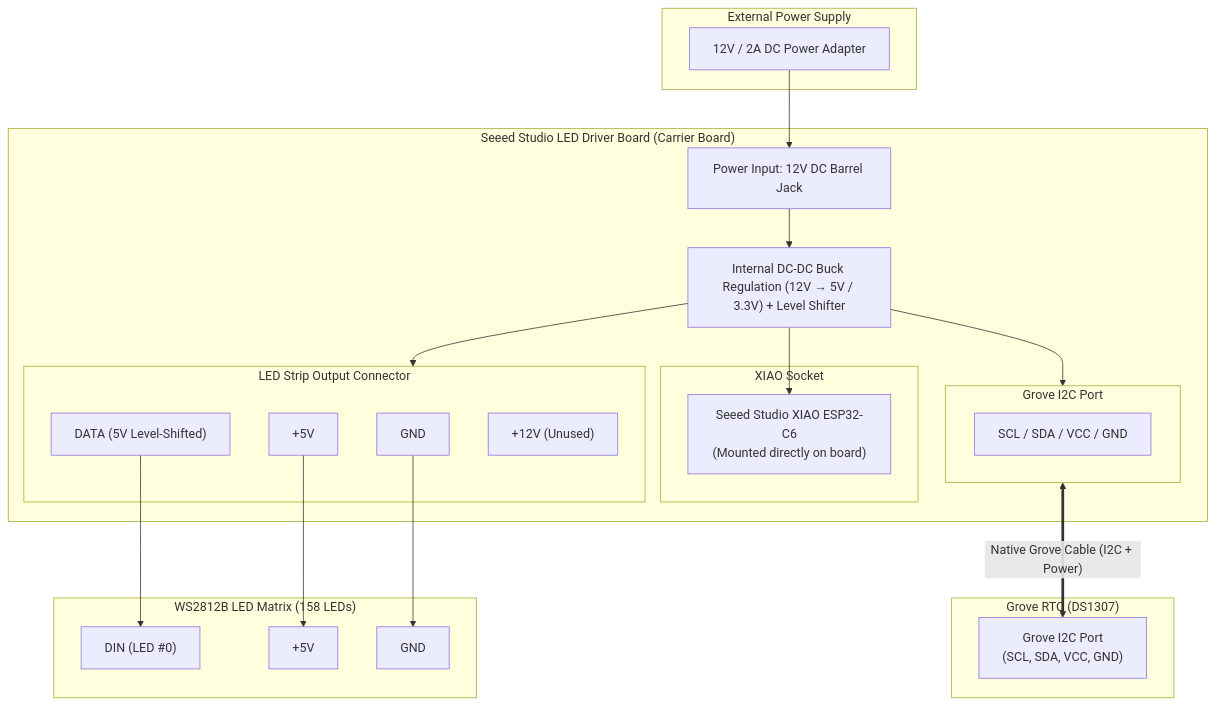
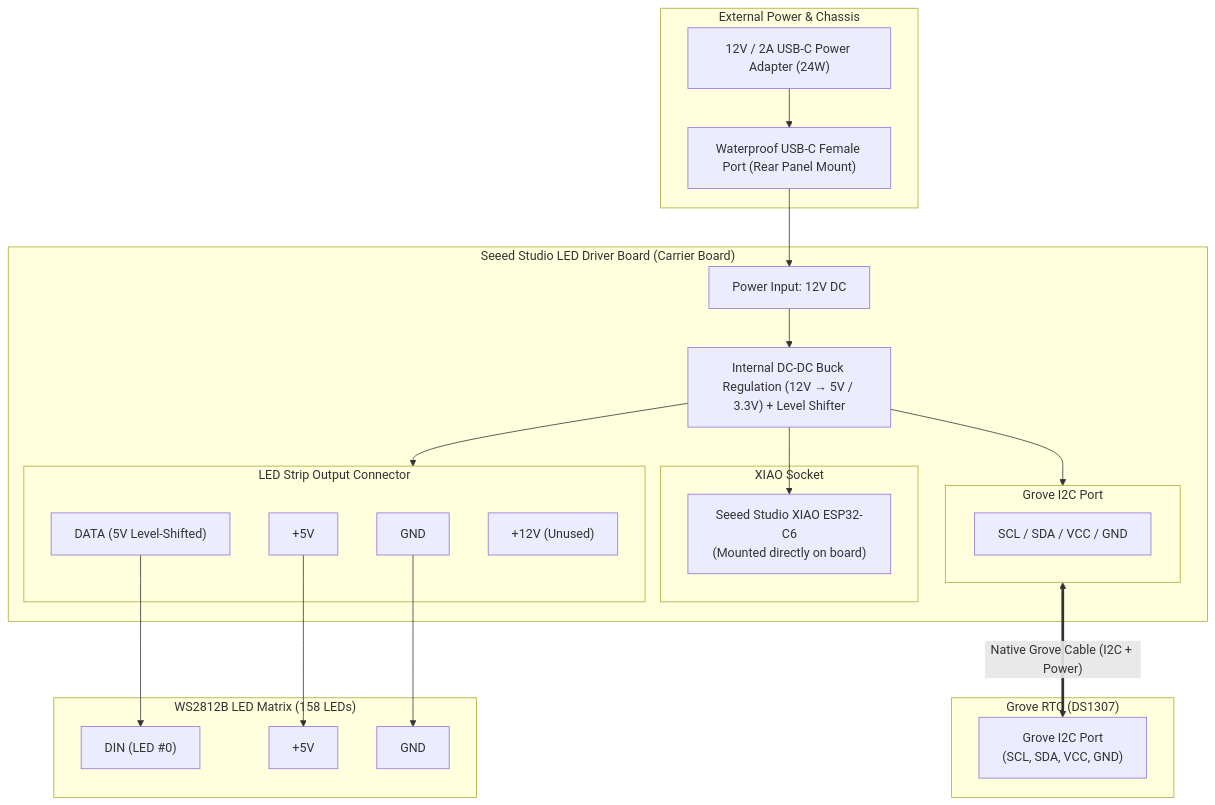
Before and after one commit to AINxStep/wordclock-xiao-led: the diagram in README.en.md, drawn with Mermaid. The commit also changed other lines of this file and 1 other file, not shown here.

Commit message:
docs: add official Seeed wiki links and BOM items (USB-C panel port and 12V 2A adapter)

````diff
--- a/README.en.md
+++ b/README.en.md
@@ -86,48 +87,50 @@
 ```mermaid
 flowchart TD
-    subgraph PWR["External Power Supply"]
-        V12["12V / 2A DC Power Adapter"]
+    subgraph PWR["External Power & Chassis"]
+        V12["12V / 2A USB-C Power Adapter (24W)"]
+        USBC_PORT["Waterproof USB-C Female Port (Rear Panel Mount)"]
     end
 
     subgraph DriverBoard["Seeed Studio LED Driver Board (Carrier Board)"]
-        DC_IN["Power Input: 12V DC Barrel Jack"]
+        DC_IN["Power Input: 12V DC"]
         REG["Internal DC-DC Buck Regulation (12V → 5V / 3.3V) + Level Shifter"]
 
         subgraph XiaoSocket["XIAO Socket"]
             XIAO["Seeed Studio XIAO ESP32-C6<br>(Mounted directly on board)"]
         end
 
         subgraph GrovePort["Grove I2C Port"]
             GROVE_OUT["SCL / SDA / VCC / GND"]
         end
 
         subgraph LedOut["LED Strip Output Connector"]
             OUT_GND["GND"]
             OUT_DAT["DATA (5V Level-Shifted)"]
             OUT_5V["+5V"]
             OUT_12V["+12V (Unused)"]
         end
     end
 
     subgraph RTC["Grove RTC (DS1307)"]
         RTC_PORT["Grove I2C Port<br>(SCL, SDA, VCC, GND)"]
     end
 
     subgraph Matrix["WS2812B LED Matrix (158 LEDs)"]
         LED_DIN["DIN (LED #0)"]
         LED_VCC["+5V"]
         LED_GND["GND"]
     end
 
-    V12 --> DC_IN
+    V12 --> USBC_PORT
+    USBC_PORT --> DC_IN
     DC_IN --> REG
     REG --> XIAO
     REG --> GrovePort
     REG --> LedOut
 
     GrovePort <== Native Grove Cable (I2C + Power) ==> RTC_PORT
 
     OUT_DAT --> LED_DIN
     OUT_5V --> LED_VCC
     OUT_GND --> LED_GND
 ```
````
